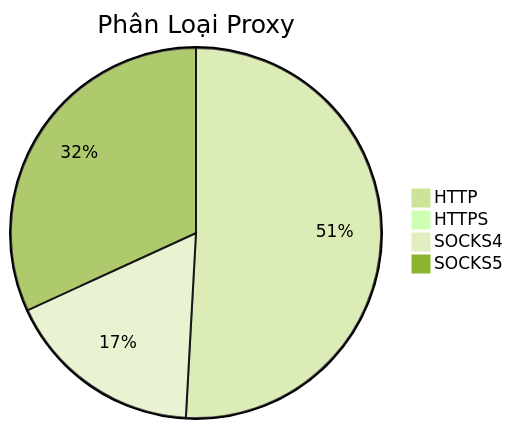
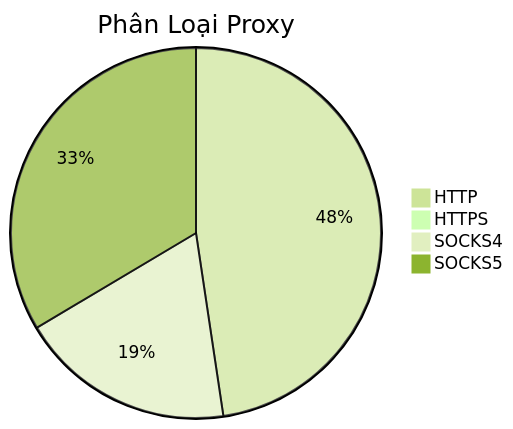
Before and after one commit to Ciara-12/PROXY-free: the diagram in README.md, drawn with Mermaid (forest theme). The commit also changed other lines of this file and 3 other files, not shown here.

````diff
--- a/README.md
+++ b/README.md
@@ -26,7 +26,7 @@
 ```mermaid
 pie title Phân Loại Proxy
-    "HTTP" : 524
+    "HTTP" : 544
     "HTTPS" : 2
-    "SOCKS4" : 178
-    "SOCKS5" : 328
+    "SOCKS4" : 215
+    "SOCKS5" : 383
 ```
````
